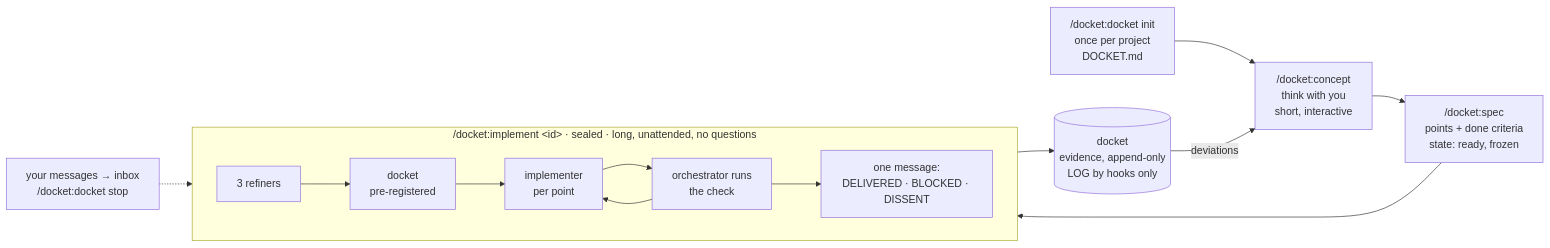
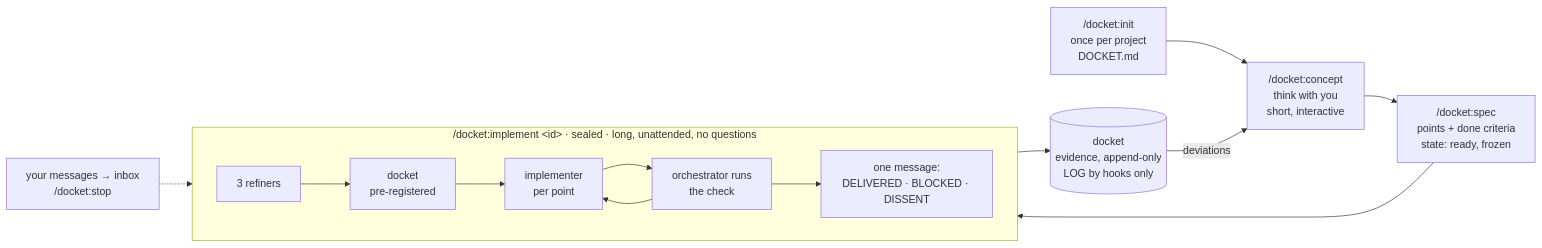
The diagram in README.md (hwein/docket), drawn with Mermaid before and after one commit. The commit also changed other lines of this file and 11 other files, not shown here.

First line of the commit message:
docket 0.2.0: split /docket:docket into /docket:init, /docket:register, /docket:status, /docket:stop

````diff
--- a/README.md
+++ b/README.md
@@ -40,19 +40,19 @@
 ```mermaid
 flowchart LR
-    init["/docket:docket init<br/>once per project<br/>DOCKET.md"]
+    init["/docket:init<br/>once per project<br/>DOCKET.md"]
     concept["/docket:concept<br/>think with you<br/>short, interactive"]
     spec["/docket:spec<br/>points + done criteria<br/>state: ready, frozen"]
     subgraph run ["/docket:implement &lt;id&gt; · sealed · long, unattended, no questions"]
         direction LR
         refine["3 refiners"] --> register["docket<br/>pre-registered"]
         register --> points["implementer<br/>per point"]
         points --> check["orchestrator runs<br/>the check"]
         check --> points
         check --> close["one message:<br/>DELIVERED · BLOCKED · DISSENT"]
     end
     docket[("docket<br/>evidence, append-only<br/>LOG by hooks only")]
     init --> concept --> spec --> run
     run --> docket
     docket -- "deviations" --> concept
-    inbox["your messages → inbox<br/>/docket:docket stop"] -.-> run
+    inbox["your messages → inbox<br/>/docket:stop"] -.-> run
 ```
````
